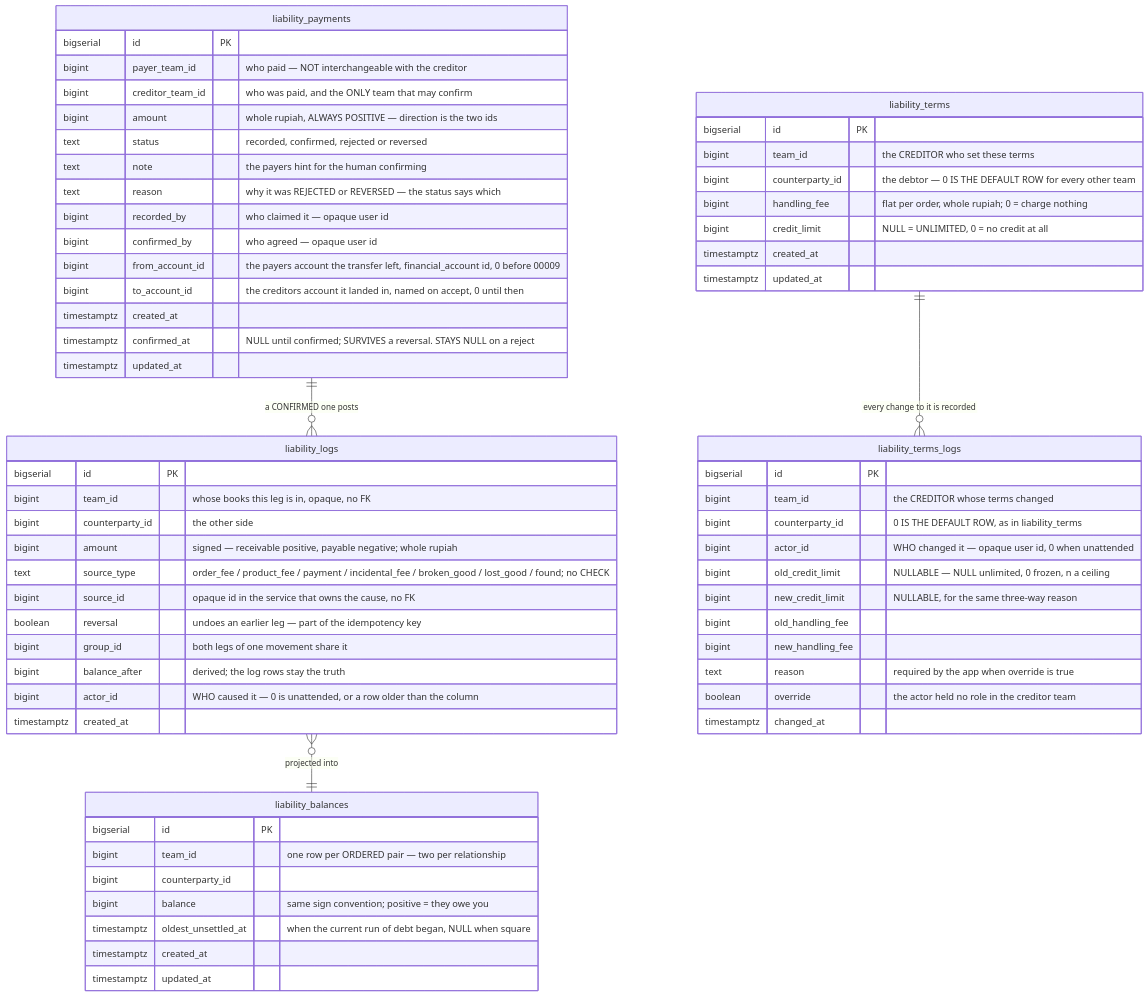
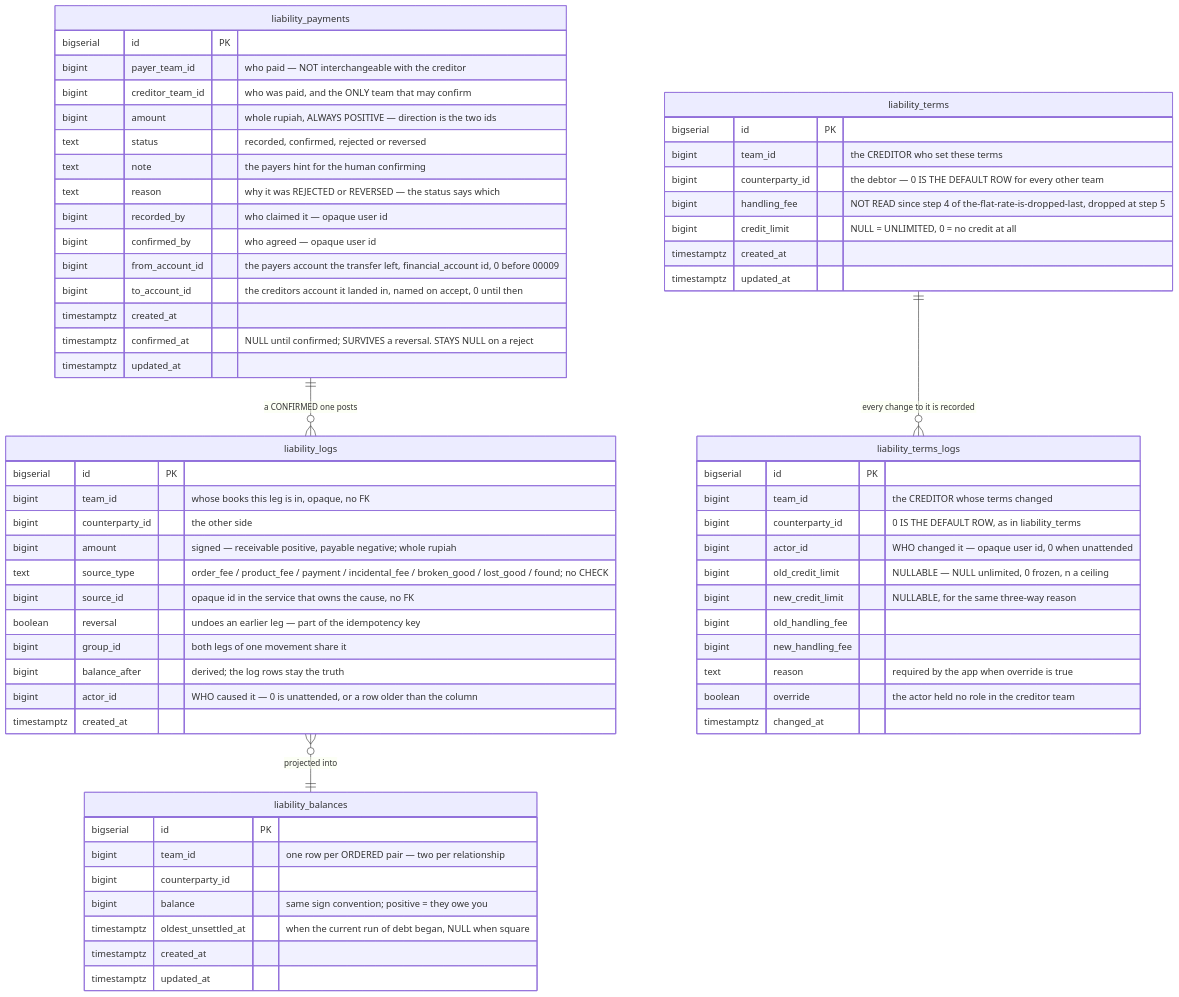
Diagram 14 of 20 in docs/database-schema.md (pdcgo/warehouse_revamp), drawn with Mermaid before and after one commit. The commit also changed other lines of this file and 18 other files, not shown here.

First line of the commit message:
feat(fee): step 4 — OrderPlaced carries the frozen warehouse fee, liability posts it

````diff
--- a/docs/database-schema.md
+++ b/docs/database-schema.md
@@ -1343,70 +1344,70 @@
 ```mermaid
 erDiagram
     liability_logs }o--|| liability_balances : "projected into"
     liability_payments ||--o{ liability_logs : "a CONFIRMED one posts"
     liability_terms ||--o{ liability_terms_logs : "every change to it is recorded"
     liability_terms {
         bigserial   id                PK
         bigint      team_id           "the CREDITOR who set these terms"
         bigint      counterparty_id   "the debtor — 0 IS THE DEFAULT ROW for every other team"
-        bigint      handling_fee      "flat per order, whole rupiah; 0 = charge nothing"
+        bigint      handling_fee      "NOT READ since step 4 of the-flat-rate-is-dropped-last, dropped at step 5"
         bigint      credit_limit      "NULL = UNLIMITED, 0 = no credit at all"
         timestamptz created_at
         timestamptz updated_at
     }
 
     liability_logs {
         bigserial   id              PK
         bigint      team_id         "whose books this leg is in, opaque, no FK"
         bigint      counterparty_id "the other side"
         bigint      amount          "signed — receivable positive, payable negative; whole rupiah"
         text        source_type     "order_fee / product_fee / payment / incidental_fee / broken_good / lost_good / found; no CHECK"
         bigint      source_id       "opaque id in the service that owns the cause, no FK"
         boolean     reversal        "undoes an earlier leg — part of the idempotency key"
         bigint      group_id        "both legs of one movement share it"
         bigint      balance_after   "derived; the log rows stay the truth"
         bigint      actor_id        "WHO caused it — 0 is unattended, or a row older than the column"
         timestamptz created_at
     }
 
     liability_balances {
         bigserial   id                  PK
         bigint      team_id             "one row per ORDERED pair — two per relationship"
         bigint      counterparty_id
         bigint      balance             "same sign convention; positive = they owe you"
         timestamptz oldest_unsettled_at "when the current run of debt began, NULL when square"
         timestamptz created_at
         timestamptz updated_at
     }
 
     liability_payments {
         bigserial   id               PK
         bigint      payer_team_id    "who paid — NOT interchangeable with the creditor"
         bigint      creditor_team_id "who was paid, and the ONLY team that may confirm"
         bigint      amount           "whole rupiah, ALWAYS POSITIVE — direction is the two ids"
         text        status           "recorded, confirmed, rejected or reversed"
         text        note             "the payers hint for the human confirming"
         text        reason           "why it was REJECTED or REVERSED — the status says which"
         bigint      recorded_by      "who claimed it — opaque user id"
         bigint      confirmed_by     "who agreed — opaque user id"
         bigint      from_account_id  "the payers account the transfer left, financial_account id, 0 before 00009"
         bigint      to_account_id    "the creditors account it landed in, named on accept, 0 until then"
         timestamptz created_at
         timestamptz confirmed_at     "NULL until confirmed; SURVIVES a reversal. STAYS NULL on a reject"
         timestamptz updated_at
     }
 
     liability_terms_logs {
         bigserial   id                    PK
         bigint      team_id               "the CREDITOR whose terms changed"
         bigint      counterparty_id       "0 IS THE DEFAULT ROW, as in liability_terms"
         bigint      actor_id              "WHO changed it — opaque user id, 0 when unattended"
         bigint      old_credit_limit      "NULLABLE — NULL unlimited, 0 frozen, n a ceiling"
         bigint      new_credit_limit      "NULLABLE, for the same three-way reason"
         bigint      old_handling_fee
         bigint      new_handling_fee
         text        reason                "required by the app when override is true"
         boolean     override              "the actor held no role in the creditor team"
         timestamptz changed_at
     }
 ```
````
